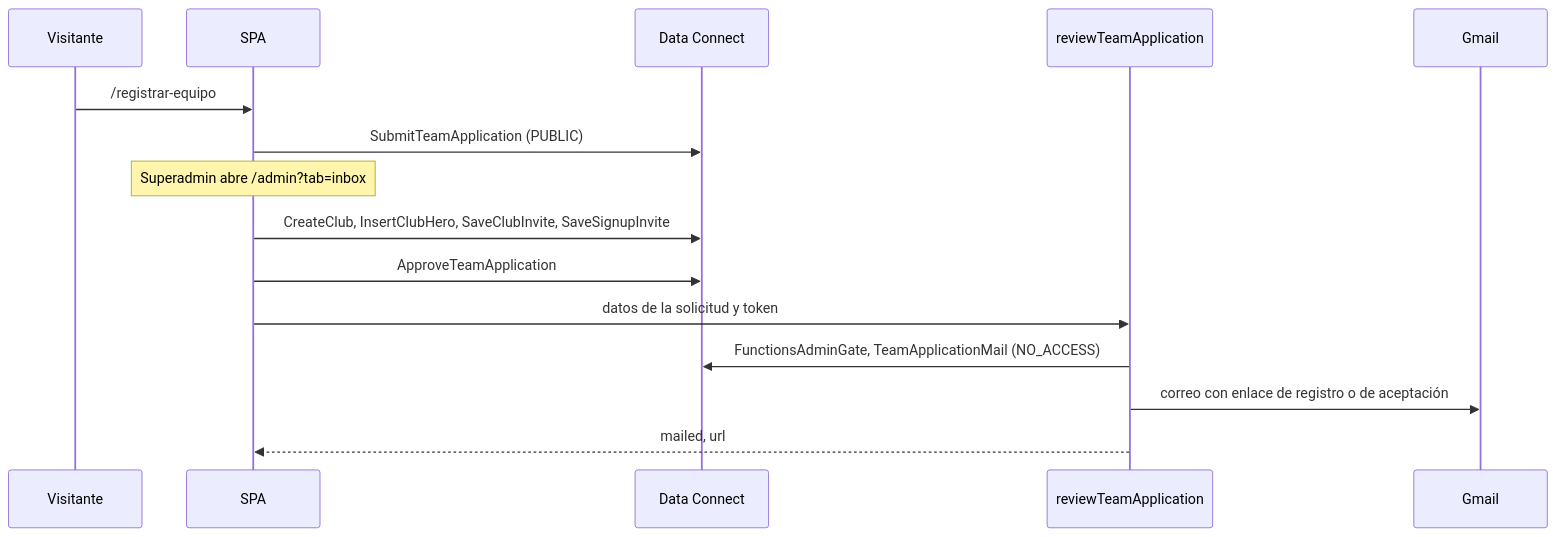
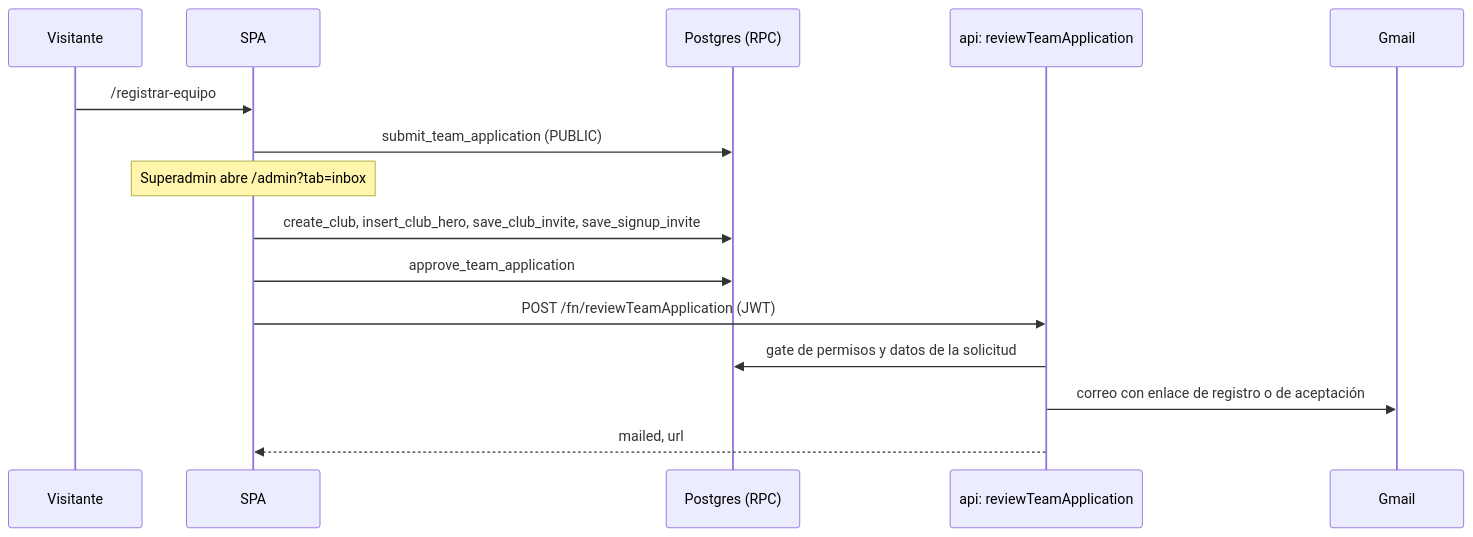
One commit to CarlosQuinto/clubs-platform changed the second of 2 diagrams in README.md. Above: the diagram before and after it, drawn with Mermaid. The commit also changed other lines of this file and 157 other files, not shown here.

````diff
--- a/README.md
+++ b/README.md
@@ -341,18 +355,18 @@
 ```mermaid
 sequenceDiagram
     participant V as Visitante
     participant App as SPA
-    participant DC as Data Connect
-    participant Fn as reviewTeamApplication
+    participant PG as Postgres (RPC)
+    participant API as api: reviewTeamApplication
     participant Mail as Gmail
 
     V->>App: /registrar-equipo
-    App->>DC: SubmitTeamApplication (PUBLIC)
+    App->>PG: submit_team_application (PUBLIC)
     Note over App: Superadmin abre /admin?tab=inbox
-    App->>DC: CreateClub, InsertClubHero, SaveClubInvite, SaveSignupInvite
-    App->>DC: ApproveTeamApplication
-    App->>Fn: datos de la solicitud y token
-    Fn->>DC: FunctionsAdminGate, TeamApplicationMail (NO_ACCESS)
-    Fn->>Mail: correo con enlace de registro o de aceptación
-    Fn-->>App: mailed, url
+    App->>PG: create_club, insert_club_hero, save_club_invite, save_signup_invite
+    App->>PG: approve_team_application
+    App->>API: POST /fn/reviewTeamApplication (JWT)
+    API->>PG: gate de permisos y datos de la solicitud
+    API->>Mail: correo con enlace de registro o de aceptación
+    API-->>App: mailed, url
 ```
````
